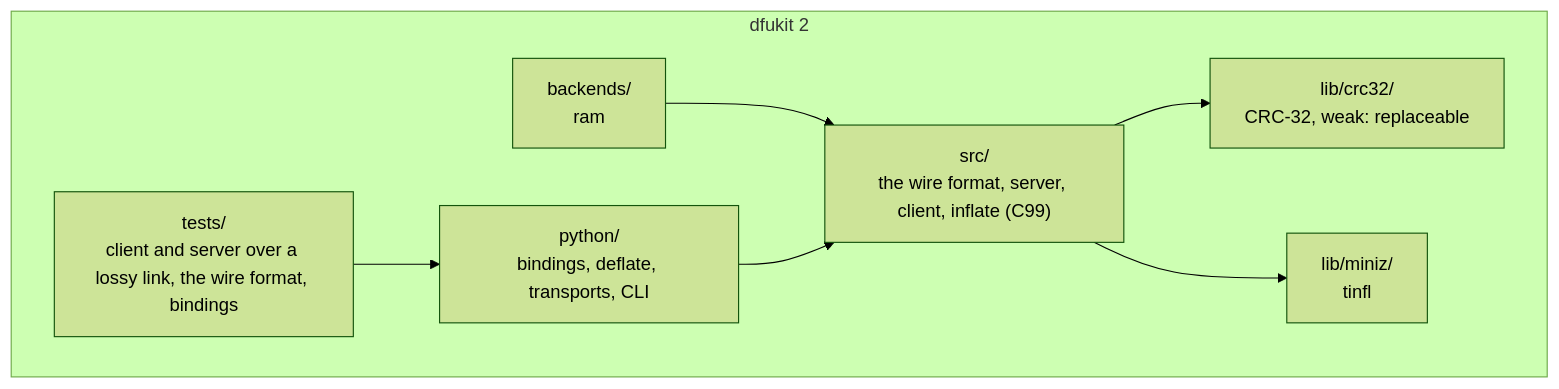
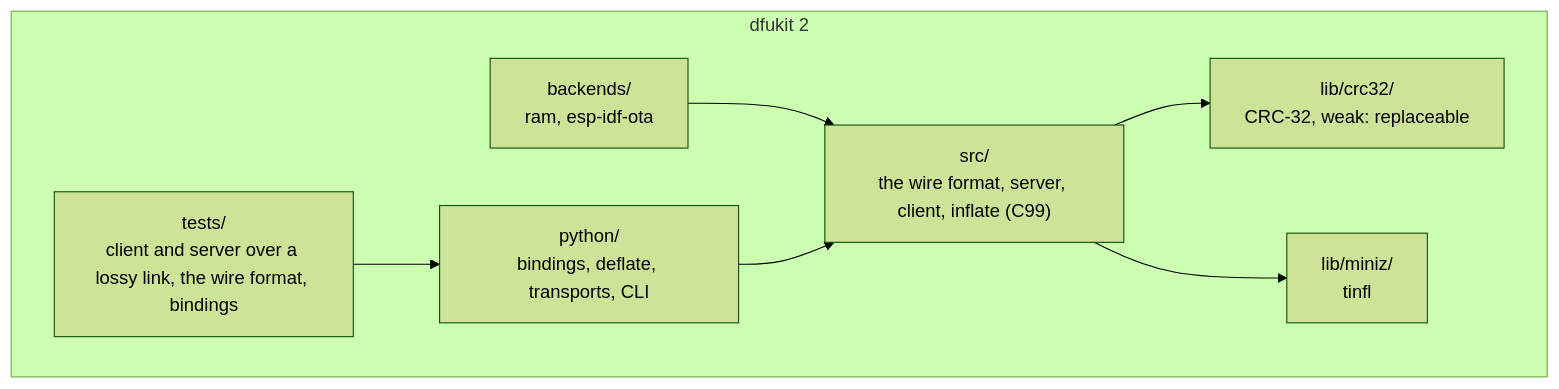
Before and after one commit to fvsolutions-dev/dfukit: diagram 14 of 15 in DESIGN.md, drawn with Mermaid (forest theme). The commit also changed other lines of this file and 6 other files, not shown here.

Commit message:
add esp-idf ota

````diff
--- a/DESIGN.md
+++ b/DESIGN.md
@@ -512,16 +521,16 @@
 ```mermaid
 flowchart TB
     subgraph repo [dfukit 2]
         core["src/<br/>the wire format, server, client, inflate (C99)"]
         crc["lib/crc32/<br/>CRC-32, weak: replaceable"]
         miniz["lib/miniz/<br/>tinfl"]
-        backends["backends/<br/>ram"]
+        backends["backends/<br/>ram, esp-idf-ota"]
         py["python/<br/>bindings, deflate, transports, CLI"]
         tests["tests/<br/>client and server over a lossy link, the wire format, bindings"]
     end
     core --> crc
     core --> miniz
     backends --> core
     py --> core
     tests --> py
 ```
````
